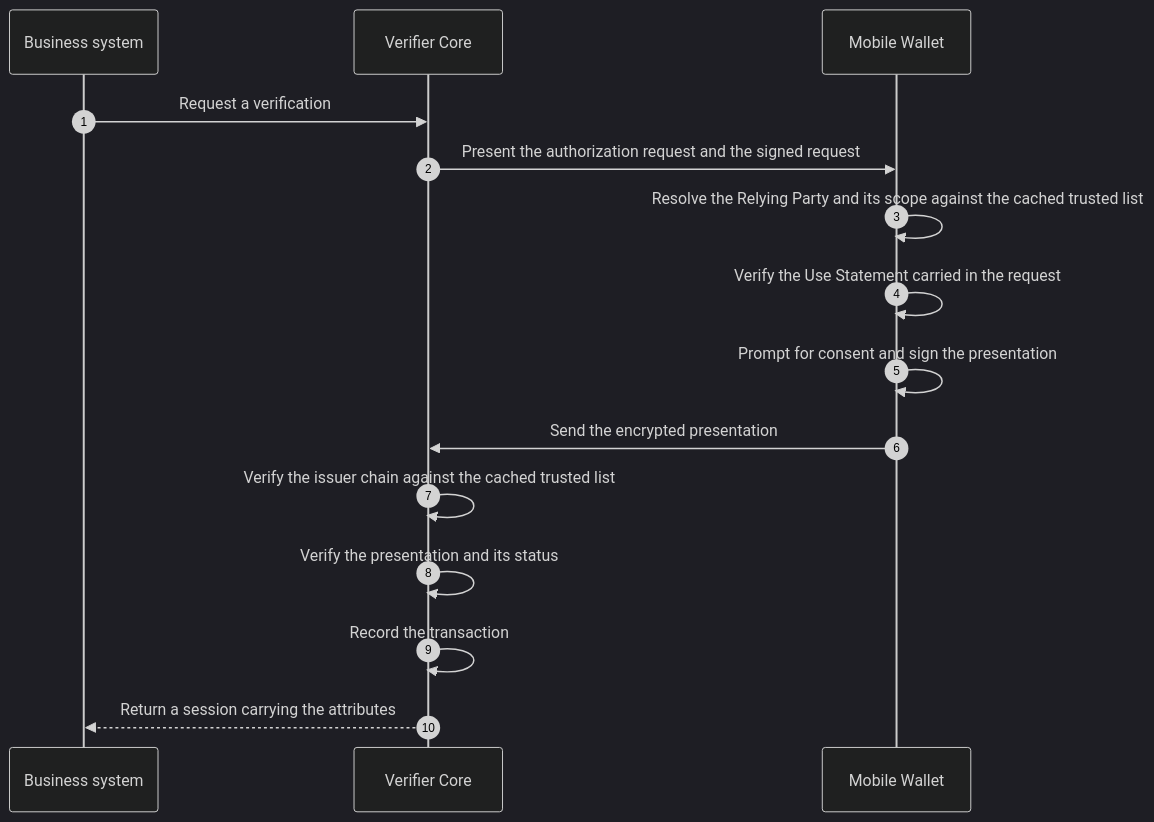
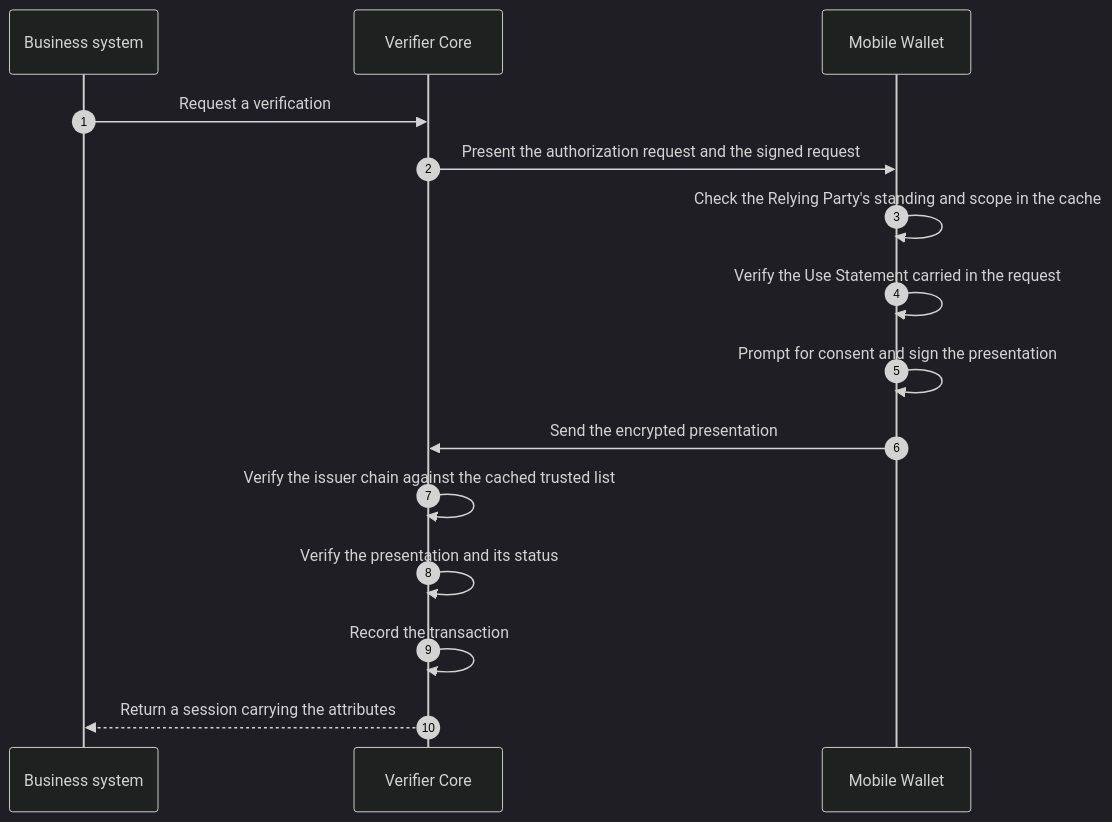
The ninth of 14 diagrams in docs/architecture-framework/high-level-architecture/flows-per-use-case.md (id-verifiable-credential-dev/id-doc-idctf), drawn with Mermaid (dark theme) before and after one commit. The commit also changed other lines of this file and 158 other files, not shown here.

````diff
--- a/docs/architecture-framework/high-level-architecture/flows-per-use-case.md
+++ b/docs/architecture-framework/high-level-architecture/flows-per-use-case.md
@@ -713,17 +809,17 @@
 ```mermaid
 sequenceDiagram
     autonumber
     participant RP as Business system
     participant VC as Verifier Core
     participant MW as Mobile Wallet
     RP->>VC: Request a verification
     VC->>MW: Present the authorization request and the signed request
-    MW->>MW: Resolve the Relying Party and its scope against the cached trusted list
+    MW->>MW: Check the Relying Party's standing and scope in the cache
     MW->>MW: Verify the Use Statement carried in the request
     MW->>MW: Prompt for consent and sign the presentation
     MW->>VC: Send the encrypted presentation
     VC->>VC: Verify the issuer chain against the cached trusted list
     VC->>VC: Verify the presentation and its status
     VC->>VC: Record the transaction
     VC-->>RP: Return a session carrying the attributes
 ```
````
